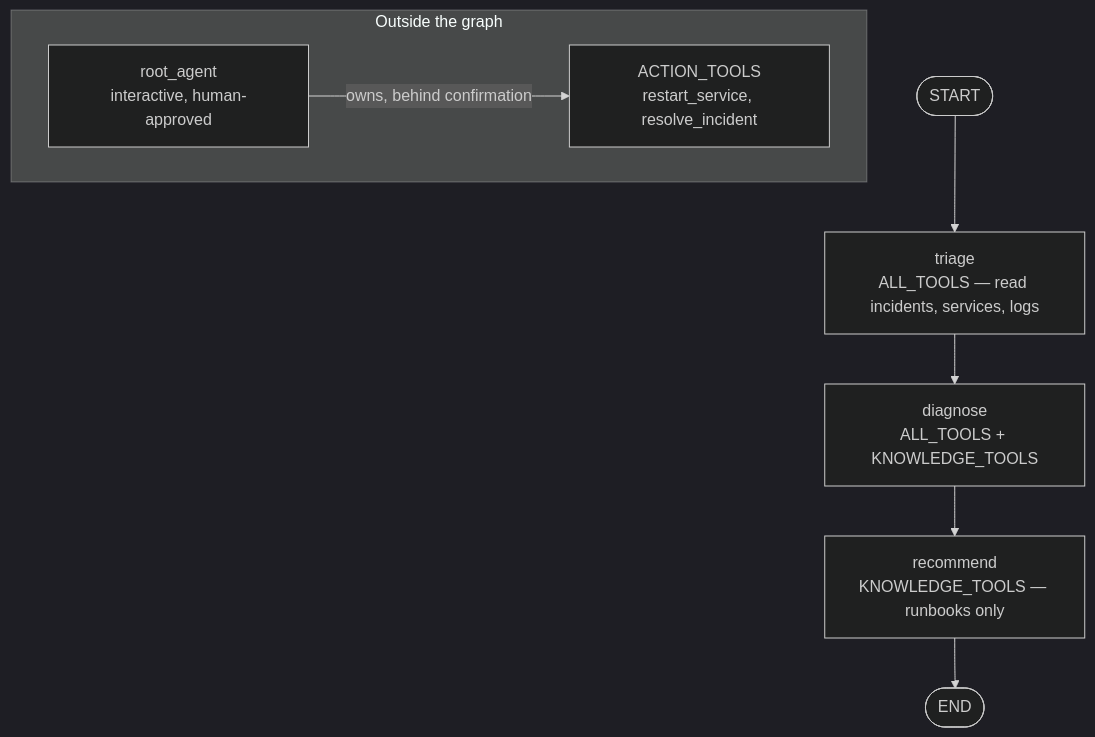
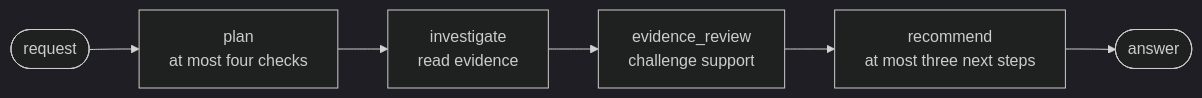
Before and after one commit to LuiGGi629/agentops-open-course: the first of 2 diagrams in docs/3. Capabilities/3.5. Workflows.md, drawn with Mermaid (dark theme). The commit also changed other lines of this file and 121 other files, not shown here.

````diff
--- a/docs/3. Capabilities/3.5. Workflows.md
+++ b/docs/3. Capabilities/3.5. Workflows.md
@@ -125,12 +35,8 @@
 ```mermaid
-flowchart TD
-    START([START]) --> T["triage<br/>ALL_TOOLS — read incidents, services, logs"]
-    T --> D["diagnose<br/>ALL_TOOLS + KNOWLEDGE_TOOLS"]
-    D --> R["recommend<br/>KNOWLEDGE_TOOLS — runbooks only"]
-    R --> DONE([END])
-    subgraph outside ["Outside the graph"]
-      RA["root_agent<br/>interactive, human-approved"]
-      A["ACTION_TOOLS<br/>restart_service, resolve_incident"]
-      RA -->|owns, behind confirmation| A
-    end
+flowchart LR
+    Start([request]) --> Plan["plan<br/>at most four checks"]
+    Plan --> Investigate["investigate<br/>read evidence"]
+    Investigate --> Review["evidence_review<br/>challenge support"]
+    Review --> Recommend["recommend<br/>at most three next steps"]
+    Recommend --> End([answer])
 ```
````
